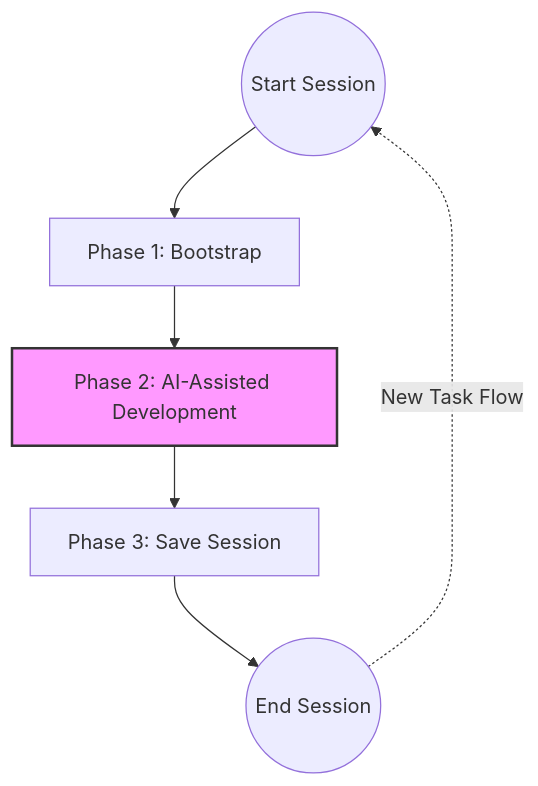
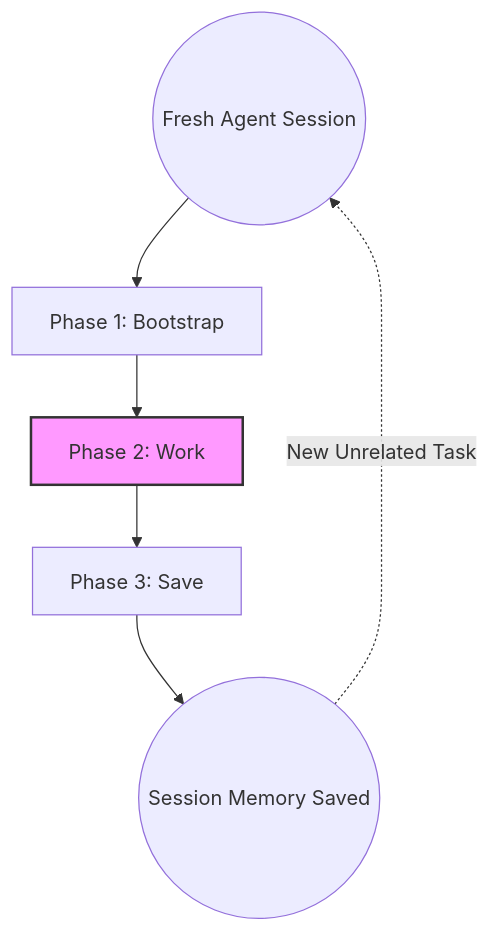
Before and after one commit to konteks/cli: the diagram in docs/getting-started/lifecycle.md, drawn with Mermaid. The commit also changed other lines of this file and 4 other files, not shown here.

````diff
--- a/docs/getting-started/lifecycle.md
+++ b/docs/getting-started/lifecycle.md
@@ -5,11 +5,11 @@
 ```mermaid
 graph TD
-    Start((Start Session)) --> P1[Phase 1: Bootstrap]
-    P1 --> P2[Phase 2: AI-Assisted Development]
-    P2 --> P3[Phase 3: Save Session]
-    P3 --> End((End Session))
+    Start((Fresh Agent Session)) --> P1[Phase 1: Bootstrap]
+    P1 --> P2[Phase 2: Work]
+    P2 --> P3[Phase 3: Save]
+    P3 --> End((Session Memory Saved))
     
-    End -.->|New Task Flow| Start
+    End -.->|New Unrelated Task| Start
 
     style P2 fill:#f9f,stroke:#333,stroke-width:2px
 ```
````
